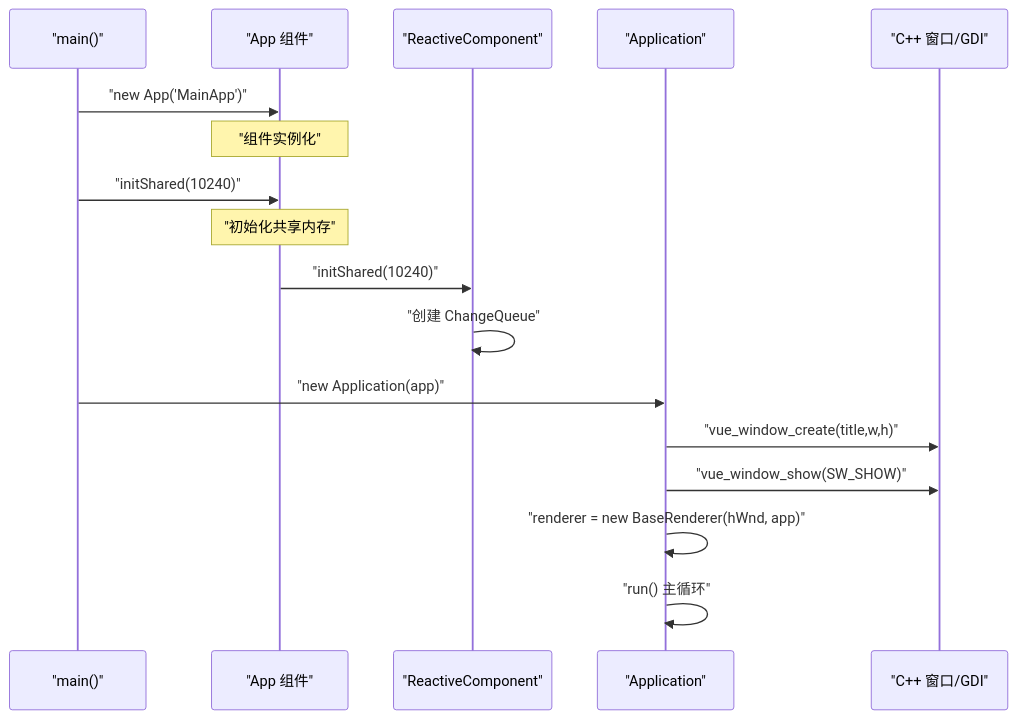
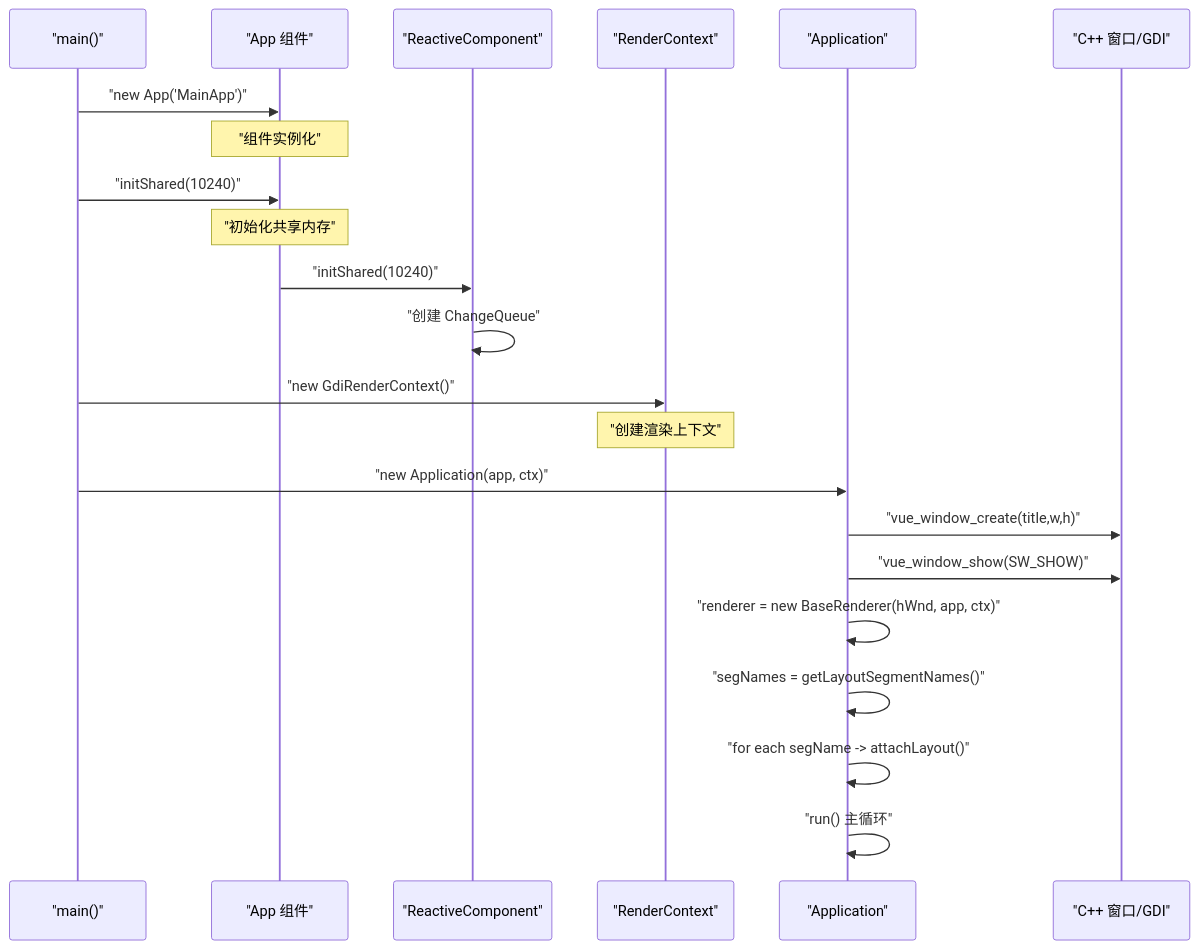
Before and after one commit to xingye00186/PHP-Data-UI-Framework-powered-by-swooleAOT: the seventh of 8 diagrams in .qoder/repowiki/zh/content/应用程序生命周期/应用程序生命周期.md, drawn with Mermaid. The commit also changed other lines of this file and 10 other files, not shown here.

````diff
--- a/.qoder/repowiki/zh/content/应用程序生命周期/应用程序生命周期.md
+++ b/.qoder/repowiki/zh/content/应用程序生命周期/应用程序生命周期.md
@@ -248,19 +338,24 @@
 ```mermaid
 sequenceDiagram
 participant Main as "main()"
 participant App as "App 组件"
 participant RC as "ReactiveComponent"
+participant Ctx as "RenderContext"
 participant Controller as "Application"
 participant Cpp as "C++ 窗口/GDI"
 Main->>App : "new App('MainApp')"
 Note over App : "组件实例化"
 Main->>App : "initShared(10240)"
 Note over App : "初始化共享内存"
 App->>RC : "initShared(10240)"
 RC->>RC : "创建 ChangeQueue"
-Main->>Controller : "new Application(app)"
+Main->>Ctx : "new GdiRenderContext()"
+Note over Ctx : "创建渲染上下文"
+Main->>Controller : "new Application(app, ctx)"
 Controller->>Cpp : "vue_window_create(title,w,h)"
 Controller->>Cpp : "vue_window_show(SW_SHOW)"
-Controller->>Controller : "renderer = new BaseRenderer(hWnd, app)"
+Controller->>Controller : "renderer = new BaseRenderer(hWnd, app, ctx)"
+Controller->>Controller : "segNames = getLayoutSegmentNames()"
+Controller->>Controller : "for each segName -> attachLayout()"
 Controller->>Controller : "run() 主循环"
 ```
````
